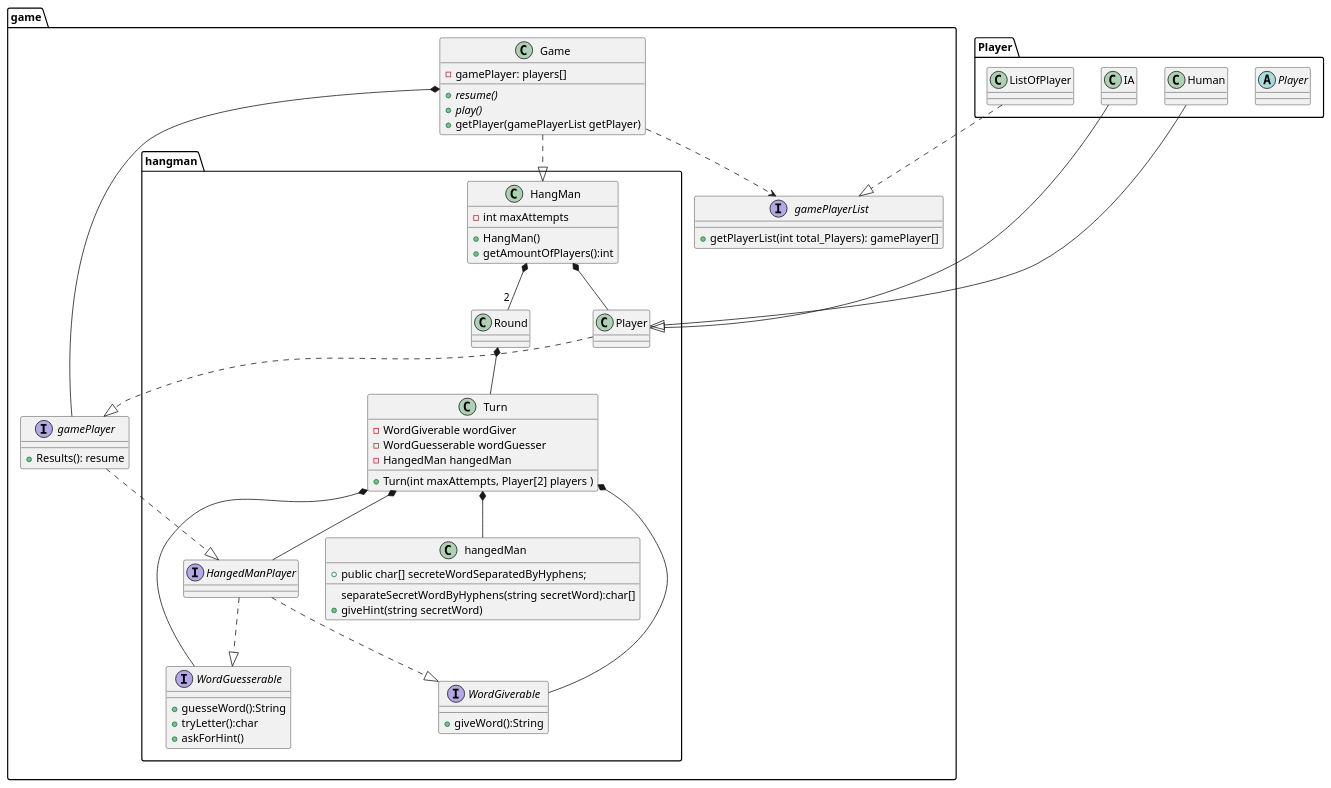
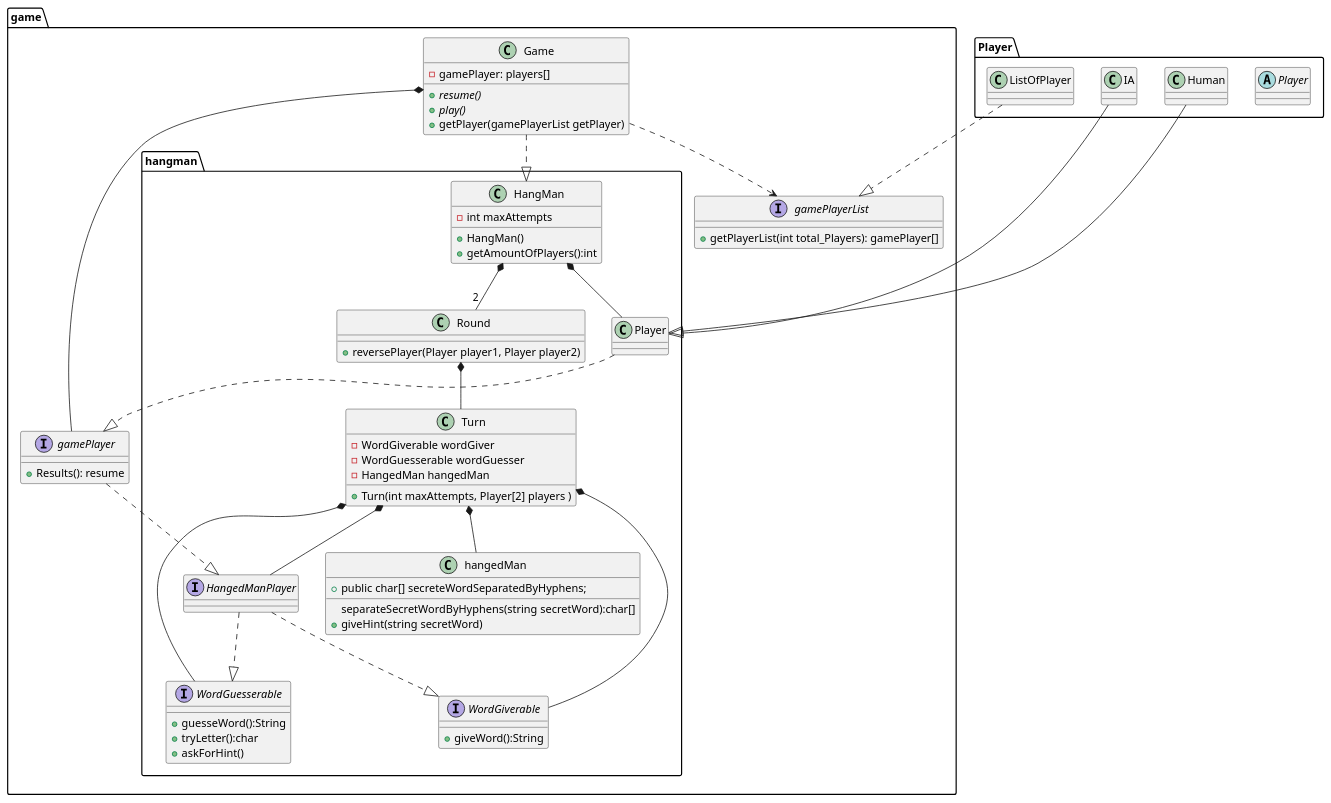
Before and after one commit to sergiomendez2/newworkspacecodinggame: the diagram in docs/classdiagram/hangmanClassDiagram.puml, drawn with PlantUML. The commit also changed 29 other files, not shown here.

```diff
--- a/docs/classdiagram/hangmanClassDiagram.puml
+++ b/docs/classdiagram/hangmanClassDiagram.puml
@@ -1,81 +1,83 @@
 @startuml
 package Player {
 abstract Player{}
 class ListOfPlayer{}
 class IA
 class Human
 }
 package game {
 
 interface gamePlayer{
         +Results(): resume
     }
     class Game {
         -gamePlayer: players[]
         +{abstract} resume()
         +{abstract} play()
         +getPlayer(gamePlayerList getPlayer)
     }
     interface gamePlayerList{
             +getPlayerList(int total_Players): gamePlayer[]
     }
 
 package hangman{
 class hangedMan{
 +public char[] secreteWordSeparatedByHyphens;
 separateSecretWordByHyphens(string secretWord):char[]
 +giveHint(string secretWord)
 }
 Interface HangedManPlayer
     class HangMan{
         +HangMan()
         +getAmountOfPlayers():int
         -int maxAttempts
     }
 
-    class Round
+    class Round{
+    +reversePlayer(Player player1, Player player2)
+    }
 
     class Turn{
         -WordGiverable wordGiver
         -WordGuesserable wordGuesser
         -HangedMan hangedMan
         +Turn(int maxAttempts, Player[2] players )
     }
 
     interface WordGiverable{
         +giveWord():String
     }
 
     interface WordGuesserable{
         +guesseWord():String
         +tryLetter():char
         +askForHint()
     }
 
     HangedManPlayer ..|> WordGiverable
     HangedManPlayer ..|> WordGuesserable
 
     Turn *-- WordGiverable
     Turn *-- WordGuesserable
     Turn *-- hangedMan
     Round *-- Turn
     HangMan *-- Player
     HangMan *-- "2" Round
 
 
 
 
 gamePlayer..|> HangedManPlayer
 Player ..|> gamePlayer
 ListOfPlayer ..|> gamePlayerList
 Game..>gamePlayerList
 Game..|>HangMan
 Game*--gamePlayer
 IA--|>Player
 Human--|>Player
 Turn*--HangedManPlayer
 
 
 }
 }
 @enduml
```
